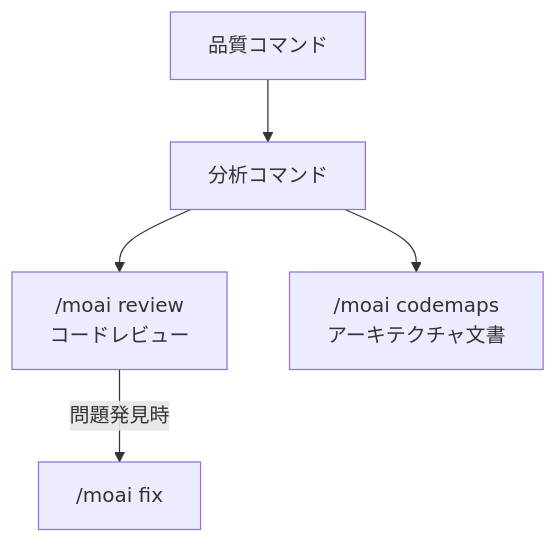
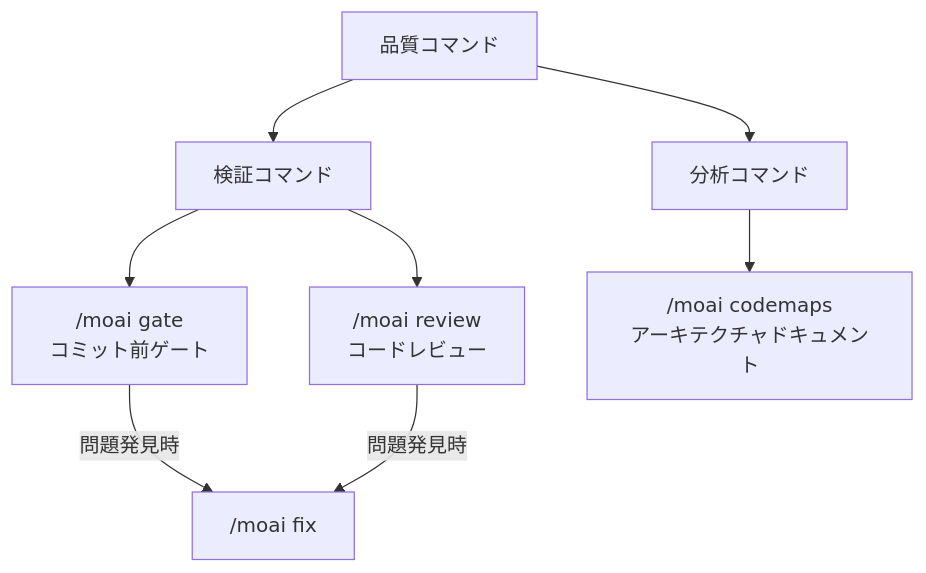
Before and after one commit to modu-ai/moai-adk: the diagram in docs-site/content/ja/quality-commands/_index.md, drawn with Mermaid. The commit also changed other lines of this file and 395 other files, not shown here.

````diff
--- a/docs-site/content/ja/quality-commands/_index.md
+++ b/docs-site/content/ja/quality-commands/_index.md
@@ -22,9 +27,12 @@
 ```mermaid
 flowchart TD
-    A[品質コマンド] --> B[分析コマンド]
+    A[品質コマンド] --> B[検証コマンド]
+    A --> C[分析コマンド]
 
+    B --> G["/moai gate<br/>コミット前ゲート"]
     B --> D["/moai review<br/>コードレビュー"]
-    B --> E["/moai codemaps<br/>アーキテクチャ文書"]
+    C --> E["/moai codemaps<br/>アーキテクチャドキュメント"]
 
-    D -->|問題発見時| H["/moai fix"]
+    G -->|問題発見時| H["/moai fix"]
+    D -->|問題発見時| H
 ```
````
